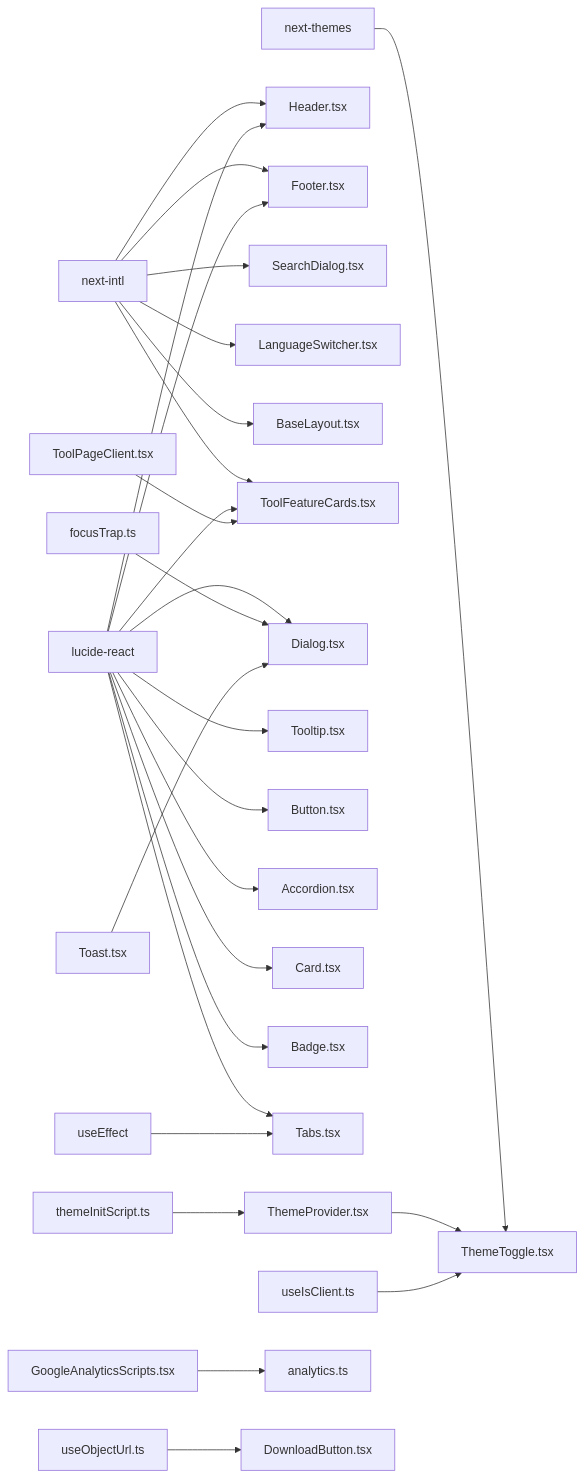
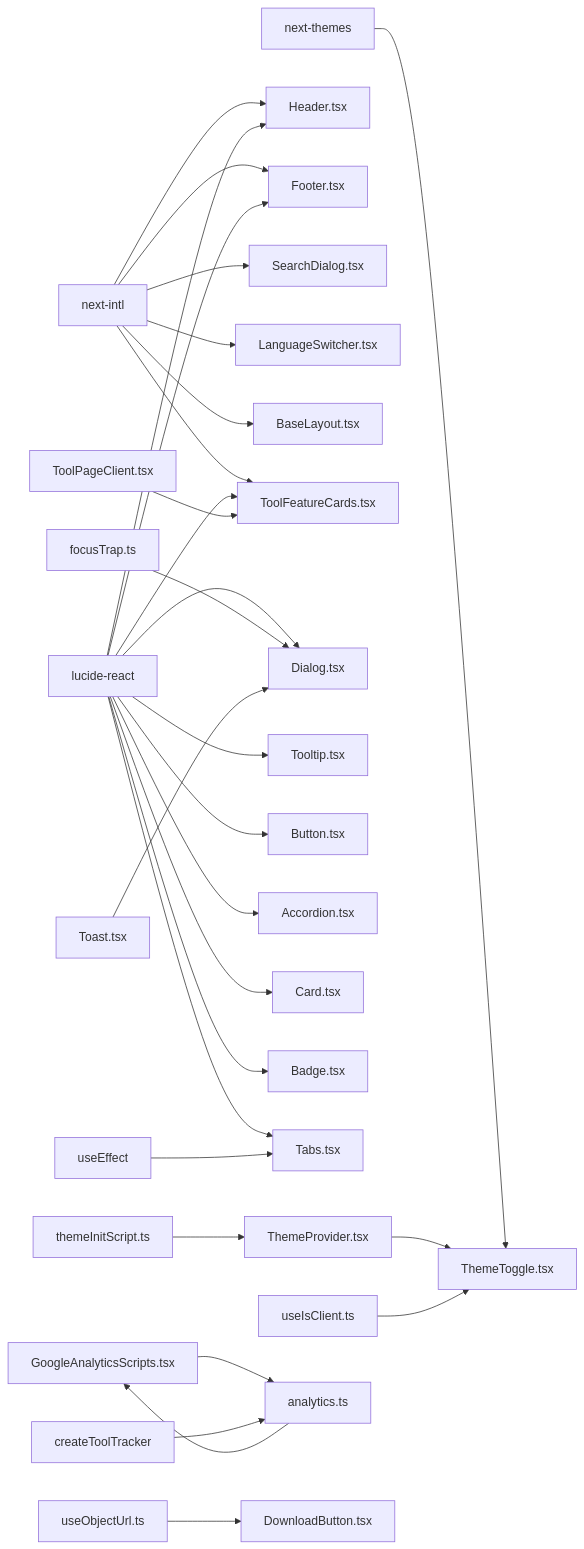
One commit to sgyy/privadeck changed diagram 12 of 12 in .qoder/repowiki/zh/content/UI组件系统/UI组件系统.md. Above: the diagram before and after it, drawn with Mermaid. The commit also changed other lines of this file and 5 other files, not shown here.

````diff
--- a/.qoder/repowiki/zh/content/UI组件系统/UI组件系统.md
+++ b/.qoder/repowiki/zh/content/UI组件系统/UI组件系统.md
@@ -1008,29 +1064,31 @@
 ```mermaid
 graph LR
 NTP["next-themes"] --> TMT["ThemeToggle.tsx"]
 NTL["next-intl"] --> HDR["Header.tsx"]
 NTL --> FTR["Footer.tsx"]
 NTL --> SDI["SearchDialog.tsx"]
 NTL --> LSW["LanguageSwitcher.tsx"]
 NTL --> BL["BaseLayout.tsx"]
 NTL --> TFC["ToolFeatureCards.tsx"]
 LCR["lucide-react"] --> HDR
 LCR --> FTR
 LCR --> DLG["Dialog.tsx"]
 LCR --> TTP["Tooltip.tsx"]
 LCR --> BTN["Button.tsx"]
 LCR --> ACC["Accordion.tsx"]
 LCR --> CAR["Card.tsx"]
 LCR --> BAD["Badge.tsx"]
 LCR --> TAB["Tabs.tsx"]
 LCR --> TFC
 FT["focusTrap.ts"] --> DLG
 TST["Toast.tsx"] --> DLG
 TPR["ThemeProvider.tsx"] --> TMT
 TIS["themeInitScript.ts"] --> TPR
 UIC["useIsClient.ts"] --> TMT
 GAS["GoogleAnalyticsScripts.tsx"] --> ANL["analytics.ts"]
 UOU["useObjectUrl.ts"] --> DNB["DownloadButton.tsx"]
 TPC["ToolPageClient.tsx"] --> TFC
 UE["useEffect"] --> TAB
+ANL["analytics.ts"] --> GAS
+CTF["createToolTracker"] --> ANL
 ```
````
